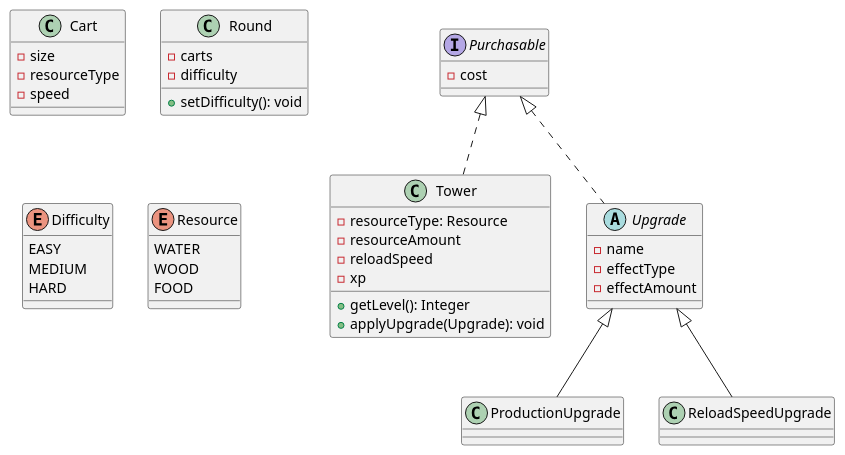
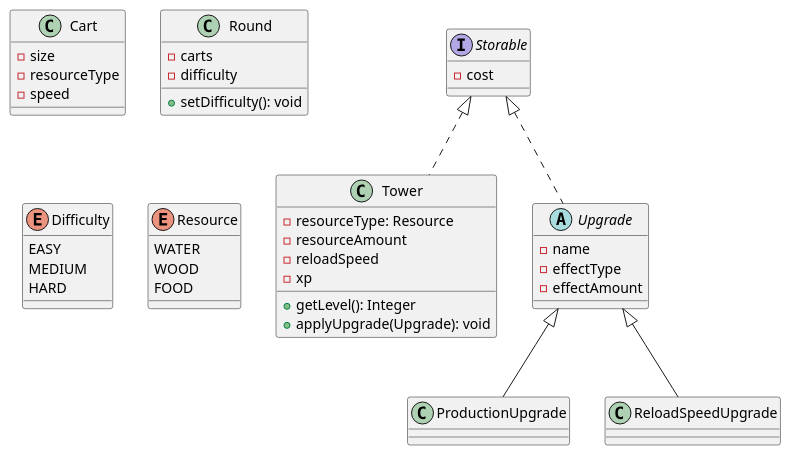
One commit to Fudgeey/uc-seng201-project changed the diagram in uml/class.puml. Above: the diagram before and after it, drawn with PlantUML. The commit also changed 11 other files, not shown here.

```diff
--- a/uml/class.puml
+++ b/uml/class.puml
@@ -1,54 +1,55 @@
 @startuml
 'https://plantuml.com/class-diagram
 
-class Tower implements Purchasable {
+class Tower implements Storable {
     - resourceType: Resource
     - resourceAmount
     - reloadSpeed
     - xp
 
     + getLevel(): Integer
     + applyUpgrade(Upgrade): void
 }
 
 class Cart {
     - size
     - resourceType
     - speed
 }
 
 class Round {
     - carts
     - difficulty
 
     + setDifficulty(): void
 }
 
 enum Difficulty {
     EASY
     MEDIUM
     HARD
 }
 
 enum Resource {
     WATER
     WOOD
     FOOD
 }
 
-abstract Upgrade implements Purchasable {
+abstract Upgrade implements Storable {
     - name
     - effectType
     - effectAmount
 }
 
 class ProductionUpgrade extends Upgrade {
 }
 
 class ReloadSpeedUpgrade extends Upgrade {
 }
 
-interface Purchasable {
+
+interface Storable {
     - cost
 }
 @enduml
```
